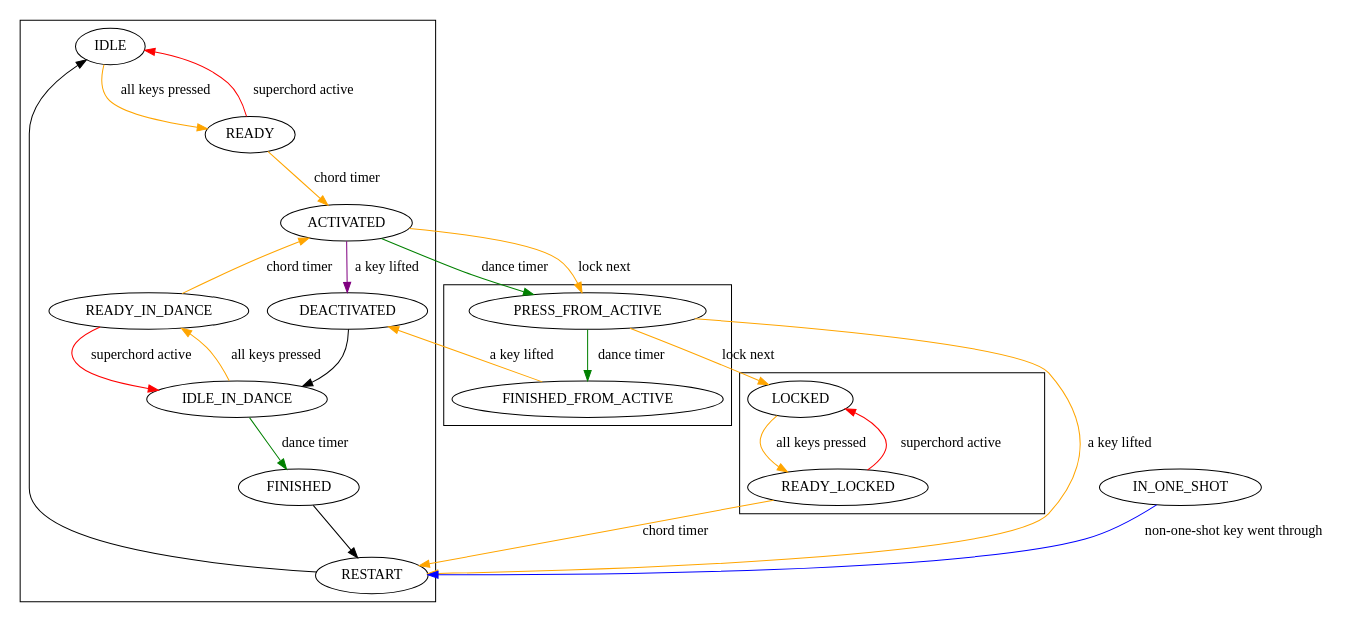
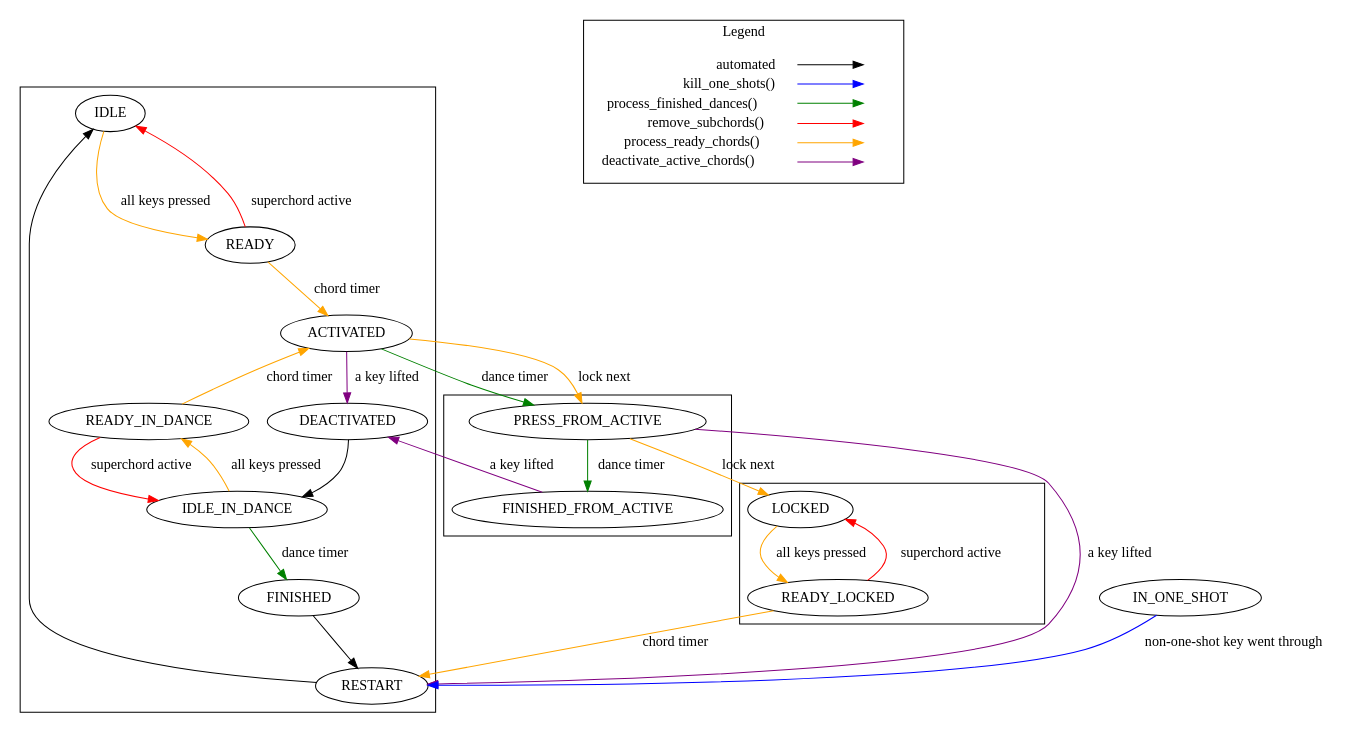
The diagram in graphs/state_machine.dot (DennyTom/buttery_engine), drawn with Graphviz before and after one commit. The commit also changed 1 other file, not shown here.

Commit message:
Added legend to the state machine graph

```diff
--- a/graphs/state_machine.dot
+++ b/graphs/state_machine.dot
@@ -1,61 +1,94 @@
 digraph {
+	
+
 	subgraph cluster_0 {
 		IDLE
 		READY
 		ACTIVATED
 		DEACTIVATED
 		IDLE_IN_DANCE
 		READY_IN_DANCE
 		FINISHED
 		RESTART
 		{rank=same; DEACTIVATED, READY_IN_DANCE}
 	}
 	
 	subgraph cluster_1 {
 		PRESS_FROM_ACTIVE
 		FINISHED_FROM_ACTIVE
 	}
 	
 	subgraph cluster_2 {
 		LOCKED
 		READY_LOCKED
 	}
 
 	IN_ONE_SHOT
 
 	
 
 	// common
 	FINISHED -> RESTART;
 	RESTART -> IDLE;
 	DEACTIVATED -> IDLE_IN_DANCE;
 
 	// kill_one_shots()
 	IN_ONE_SHOT -> RESTART [label="non-one-shot key went through", color="blue"];
 	
 	// process_finished_dances()
 	ACTIVATED -> PRESS_FROM_ACTIVE [label="dance timer", color="green"];
 	IDLE_IN_DANCE -> FINISHED [label="dance timer", color="green"];
 	PRESS_FROM_ACTIVE -> FINISHED_FROM_ACTIVE [label="dance timer", color="green"];
 
 	// remove_subchords()
 	READY -> IDLE [label="superchord active", color="red"];
 	READY_IN_DANCE -> IDLE_IN_DANCE [label="superchord active", color="red"];
 	READY_LOCKED -> LOCKED [label="superchord active", color="red"];
 
 	// process_ready_chords()
 	LOCKED -> READY_LOCKED [label="all keys pressed", color="orange"];
 	IDLE -> READY [label="all keys pressed", color="orange"];
 	IDLE_IN_DANCE -> READY_IN_DANCE [label="all keys pressed", color="orange"];
 
 	READY_LOCKED -> RESTART [label="chord timer", color="orange"];
 	READY -> ACTIVATED [label="chord timer", color="orange"];
 	READY_IN_DANCE -> ACTIVATED [label="chord timer", color="orange"];
 	ACTIVATED -> PRESS_FROM_ACTIVE [label="lock next", color="orange"];
 	PRESS_FROM_ACTIVE -> LOCKED [label="lock next", color="orange"];
 
 	// deactivate_active_chords()
 	ACTIVATED -> DEACTIVATED [label="a key lifted", color="purple"];
-	PRESS_FROM_ACTIVE -> RESTART [label="a key lifted", color="orange"];
-	FINISHED_FROM_ACTIVE -> DEACTIVATED [label="a key lifted", color="orange"];
+	PRESS_FROM_ACTIVE -> RESTART [label="a key lifted", color="purple"];
+	FINISHED_FROM_ACTIVE -> DEACTIVATED [label="a key lifted", color="purple"];
+
+	
+  	subgraph cluster_legend {
+		node [shape=plaintext]
+
+		label = "Legend";
+		key [label=<<table border="0" cellpadding="2" cellspacing="0" cellborder="0">
+			<tr><td align="right" port="i1">automated</td></tr>
+			<tr><td align="right" port="i2">kill_one_shots()</td></tr>
+			<tr><td align="right" port="i3">process_finished_dances()</td></tr>
+			<tr><td align="right" port="i4">remove_subchords()</td></tr>
+			<tr><td align="right" port="i5">process_ready_chords()</td></tr>
+			<tr><td align="right" port="i6">deactivate_active_chords()</td></tr>
+			</table>>]
+		key2 [label=<<table border="0" cellpadding="2" cellspacing="0" cellborder="0">
+			<tr><td port="i1">&nbsp;</td></tr>
+			<tr><td port="i2">&nbsp;</td></tr>
+			<tr><td port="i3">&nbsp;</td></tr>
+			<tr><td port="i4">&nbsp;</td></tr>
+			<tr><td port="i5">&nbsp;</td></tr>
+			<tr><td port="i6">&nbsp;</td></tr>
+			</table>>]
+    	key:i1:e -> key2:i1:w
+    	key:i2:e -> key2:i2:w [color=blue]
+    	key:i3:e -> key2:i3:w [color=green]
+    	key:i4:e -> key2:i4:w [color=red]
+		key:i5:e -> key2:i5:w [color=orange]
+		key:i6:e -> key2:i6:w [color=purple]
+
+		{rank=same; key, key2 }
+	}
 }
```
